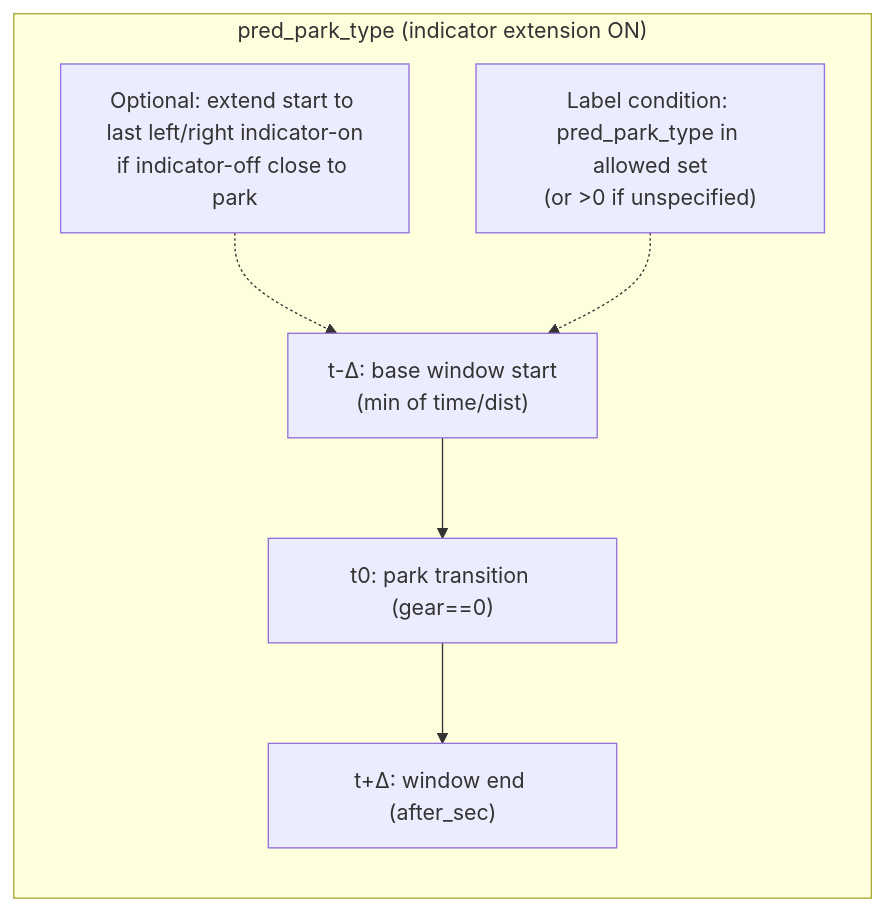
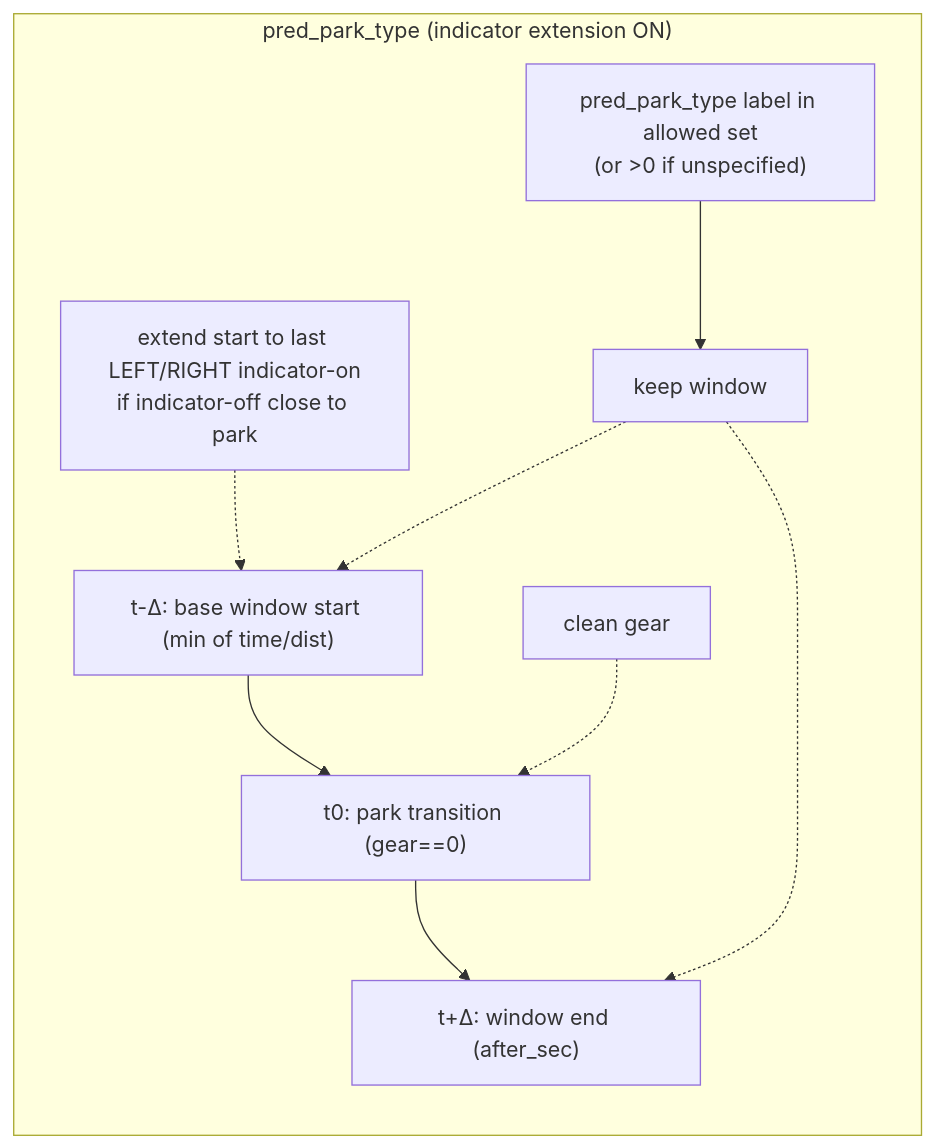
One commit to borisindelman-oss/vault changed the second of 5 diagrams in codex/WayveCode/projects/zak-classifiers-parking-maneuver.md. Above: the diagram before and after it, drawn with Mermaid. The commit also changed other lines of this file, not shown here.

````diff
--- a/codex/WayveCode/projects/zak-classifiers-parking-maneuver.md
+++ b/codex/WayveCode/projects/zak-classifiers-parking-maneuver.md
@@ -44,9 +47,12 @@
 ```mermaid
 flowchart LR
-    subgraph pred_park_type_default["pred_park_type (indicator extension ON)"]
-        A["t-Δ: base window start<br/>(min of time/dist)"] --> B["t0: park transition (gear==0)"]
+    subgraph PPT_ON["pred_park_type (indicator extension ON)"]
+        A["t-Δ: base window start (min of time/dist)"] --> B["t0: park transition (gear==0)"]
         B --> C["t+Δ: window end (after_sec)"]
-        D["Optional: extend start to last left/right indicator-on<br/>if indicator-off close to park"] -.-> A
-        E["Label condition: pred_park_type in allowed set<br/>(or >0 if unspecified)"] -.-> A
+        CLEAN["clean gear"] -.-> B
+        EXT["extend start to last LEFT/RIGHT indicator-on<br/>if indicator-off close to park"] -.-> A
+        LABEL["pred_park_type label in allowed set<br/>(or >0 if unspecified)"] --> KEEP["keep window"]
+        KEEP -.-> A
+        KEEP -.-> C
     end
 ```
````
